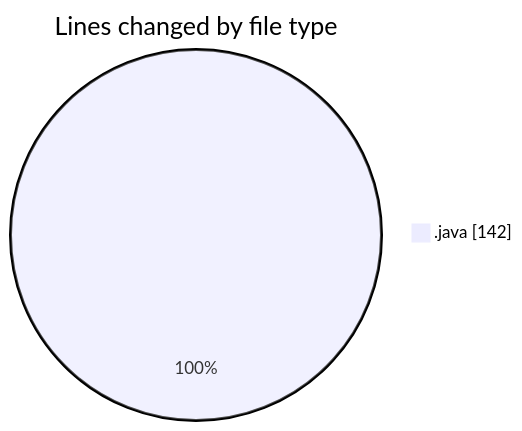
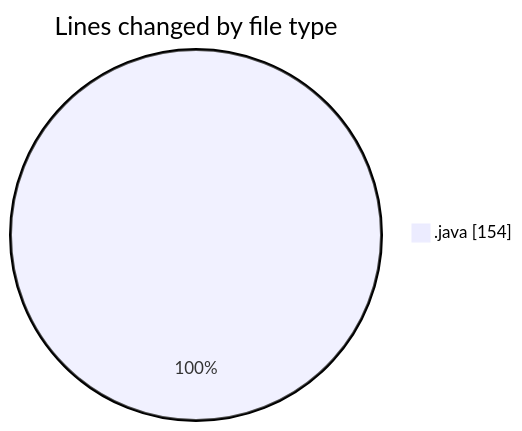
The first of 2 diagrams in 2025-02-20/projet/README.md (Elitesun/code-tracking), drawn with Mermaid before and after one commit. The commit also changed other lines of this file and 1 other file, not shown here.

````diff
--- a/2025-02-20/projet/README.md
+++ b/2025-02-20/projet/README.md
@@ -20,5 +20,5 @@
 ```mermaid
 pie showData
 title Lines changed by file type
-".java" : 142
+".java" : 154
 ```
````
